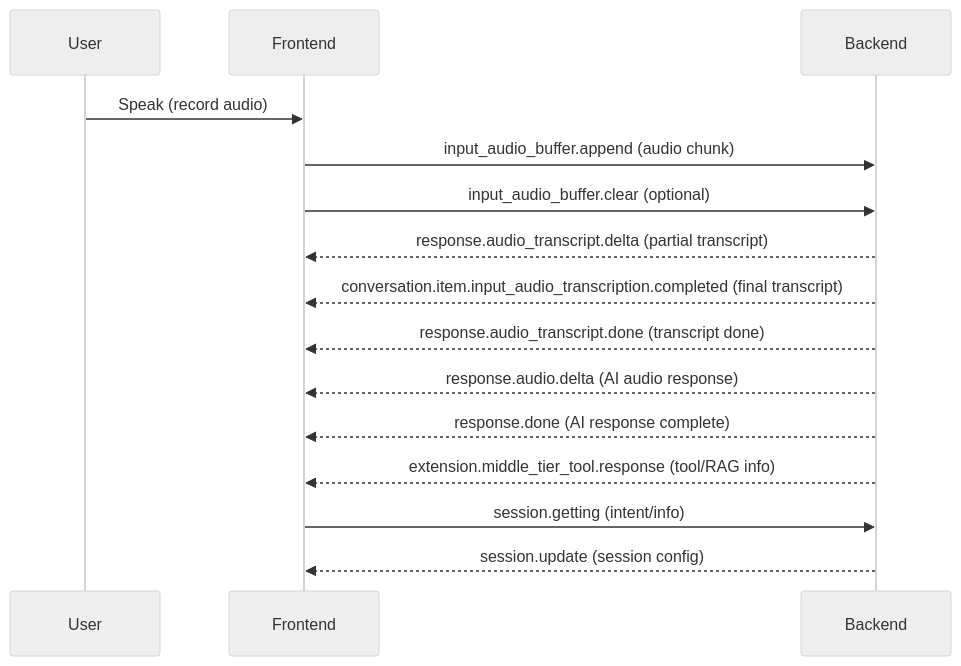
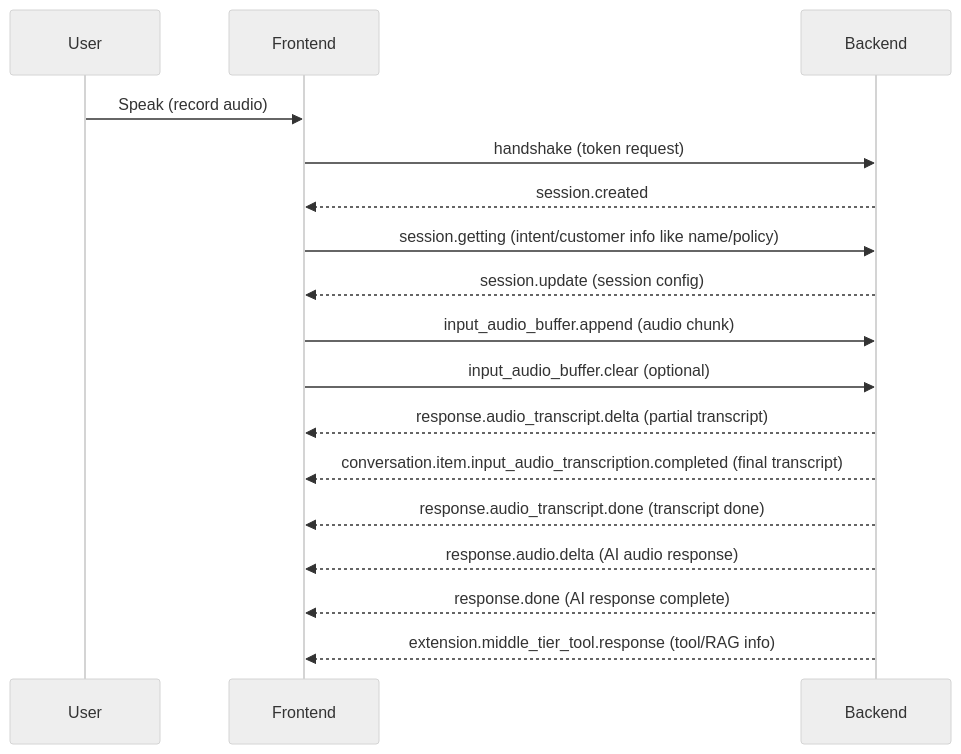
The diagram in README.md (nghequockien/auto-call-center-openai-realtime), drawn with Mermaid (neutral theme) before and after one commit. The commit also changed 2 other files, not shown here.

Commit message:
Corrected sequence flow

````diff
--- a/README.md
+++ b/README.md
@@ -229,18 +229,22 @@
 ```mermaid
 sequenceDiagram
 	participant User
 	participant Frontend
 	participant Backend
 
 	User->>Frontend: Speak (record audio)
+   Frontend->>Backend: handshake (token request)
+   Backend-->>Frontend: session.created
+   Frontend->>Backend: session.getting (intent/customer info like name/policy)
+   Backend-->>Frontend: session.update (session config)
 	Frontend->>Backend: input_audio_buffer.append (audio chunk)
 	Frontend->>Backend: input_audio_buffer.clear (optional)
 	Backend-->>Frontend: response.audio_transcript.delta (partial transcript)
 	Backend-->>Frontend: conversation.item.input_audio_transcription.completed (final transcript)
 	Backend-->>Frontend: response.audio_transcript.done (transcript done)
 	Backend-->>Frontend: response.audio.delta (AI audio response)
 	Backend-->>Frontend: response.done (AI response complete)
 	Backend-->>Frontend: extension.middle_tier_tool.response (tool/RAG info)
-	Frontend->>Backend: session.getting (intent/info)
-	Backend-->>Frontend: session.update (session config)
+
+
 ```
````
